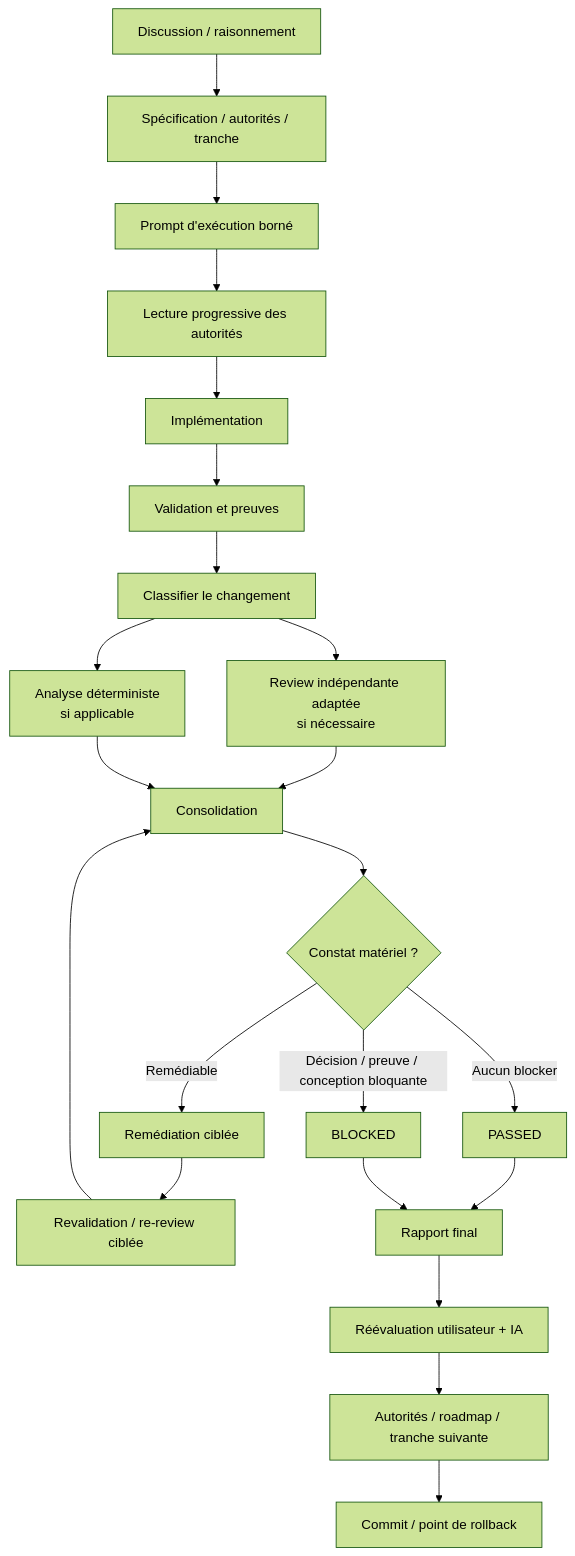
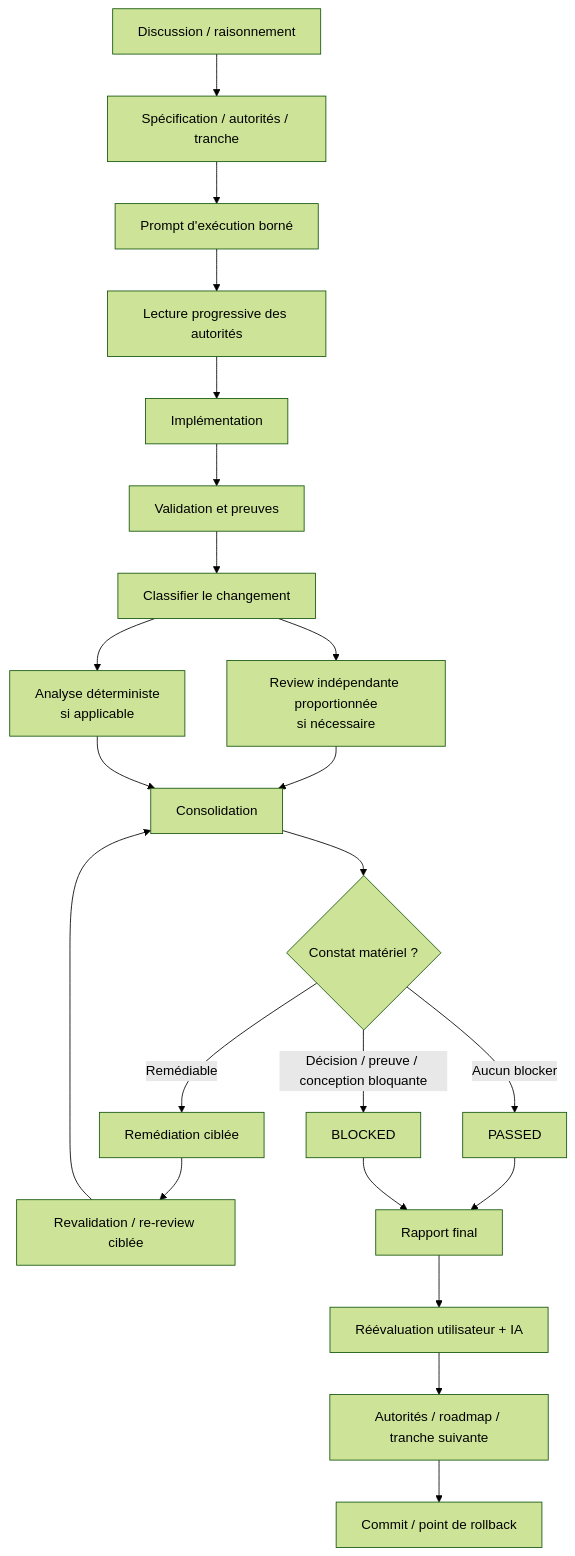
One commit to Wavell38/ai-assisted-software-engineering-workflow changed the diagram in README.md. Above: the diagram before and after it, drawn with Mermaid (forest theme). The commit also changed other lines of this file and 5 other files, not shown here.

````diff
--- a/README.md
+++ b/README.md
@@ -122,31 +122,31 @@
 ```mermaid
 flowchart TD
     A[Discussion / raisonnement] --> B[Spécification / autorités / tranche]
     B --> C[Prompt d'exécution borné]
 
     C --> D[Lecture progressive des autorités]
     D --> E[Implémentation]
     E --> F[Validation et preuves]
 
     F --> G[Classifier le changement]
-    G --> H[Review indépendante adaptée<br/>si nécessaire]
+    G --> H[Review indépendante proportionnée<br/>si nécessaire]
     G --> I[Analyse déterministe<br/>si applicable]
 
     H --> J[Consolidation]
     I --> J
 
     J --> K{Constat matériel ?}
     K -->|Remédiable| L[Remédiation ciblée]
     L --> M[Revalidation / re-review ciblée]
     M --> J
 
     K -->|Aucun blocker| N[PASSED]
     K -->|Décision / preuve / conception bloquante| O[BLOCKED]
 
     N --> P[Rapport final]
     O --> P
 
     P --> Q[Réévaluation utilisateur + IA]
     Q --> R[Autorités / roadmap / tranche suivante]
     R --> S[Commit / point de rollback]
 ```
````
